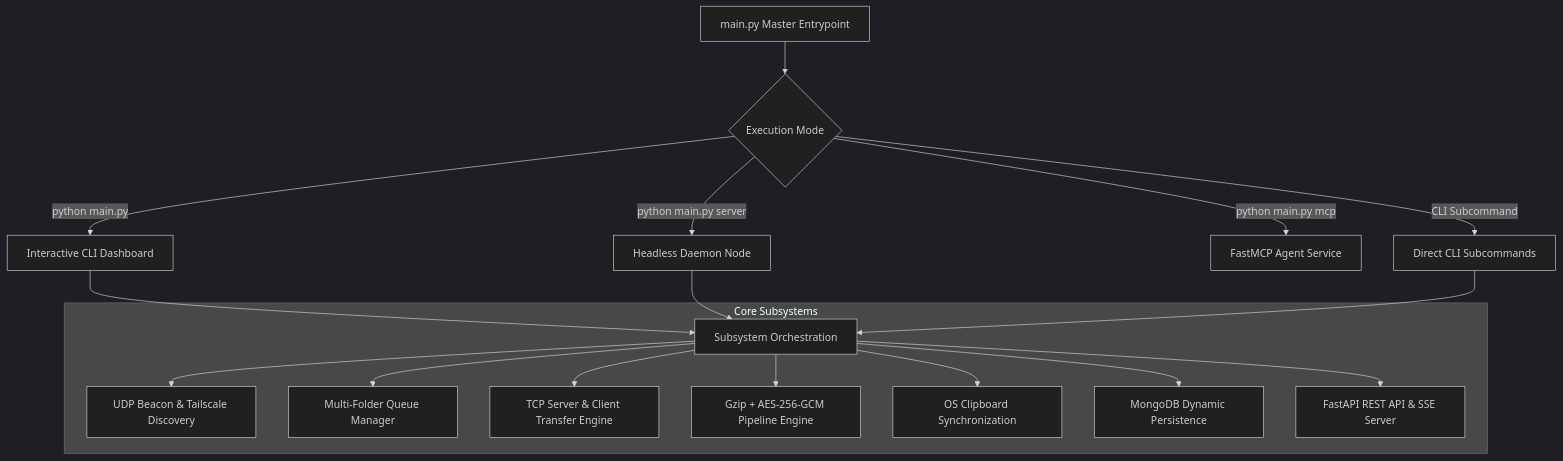
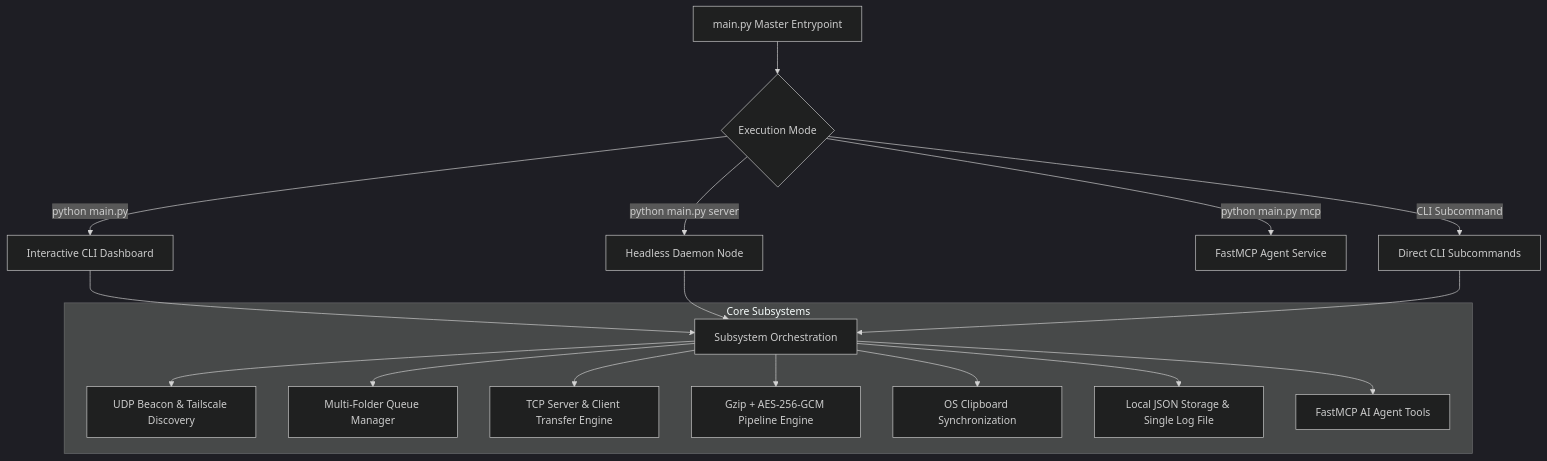
Before and after one commit to krishnakanthpathi/localshare: the first of 4 diagrams in README.md, drawn with Mermaid (dark theme). The commit also changed other lines of this file and 20 other files, not shown here.

Commit message:
refactor: remove MongoDB and Web API, streamline for CLI and FastMCP with single-file logging

````diff
--- a/README.md
+++ b/README.md
@@ -78,22 +69,22 @@
 ```mermaid
 graph TD
     A[main.py Master Entrypoint] --> B{Execution Mode}
     B -->|python main.py| C[Interactive CLI Dashboard]
     B -->|python main.py server| D[Headless Daemon Node]
     B -->|python main.py mcp| E[FastMCP Agent Service]
     B -->|CLI Subcommand| F[Direct CLI Subcommands]
 
     C --> G[Subsystem Orchestration]
     D --> G
     F --> G
 
     subgraph Core Subsystems
         G --> H[UDP Beacon & Tailscale Discovery]
         G --> I[Multi-Folder Queue Manager]
         G --> J[TCP Server & Client Transfer Engine]
         G --> K[Gzip + AES-256-GCM Pipeline Engine]
         G --> L[OS Clipboard Synchronization]
-        G --> M[MongoDB Dynamic Persistence]
-        G --> N[FastAPI REST API & SSE Server]
+        G --> M[Local JSON Storage & Single Log File]
+        G --> N[FastMCP AI Agent Tools]
     end
 ```
````
